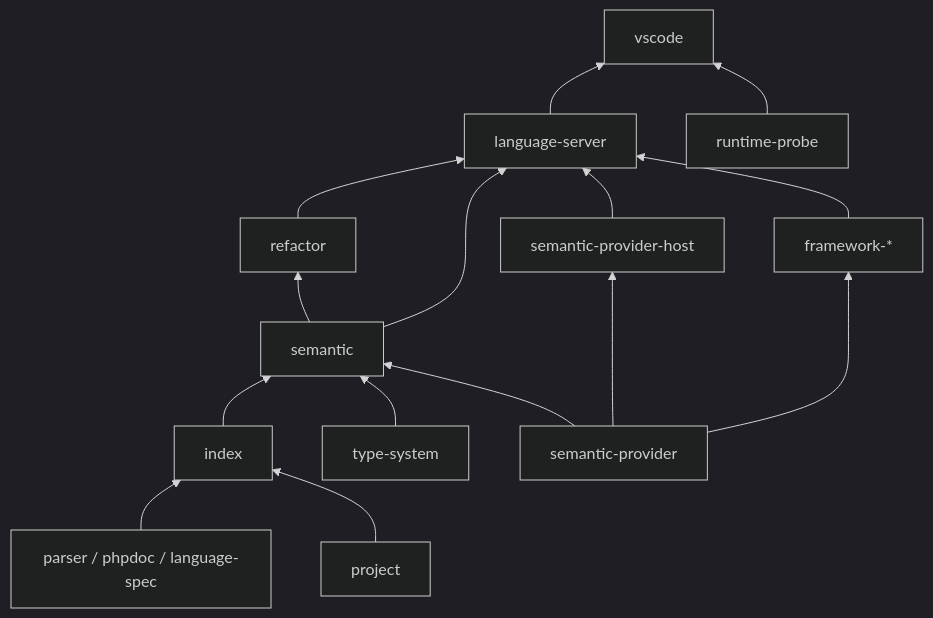
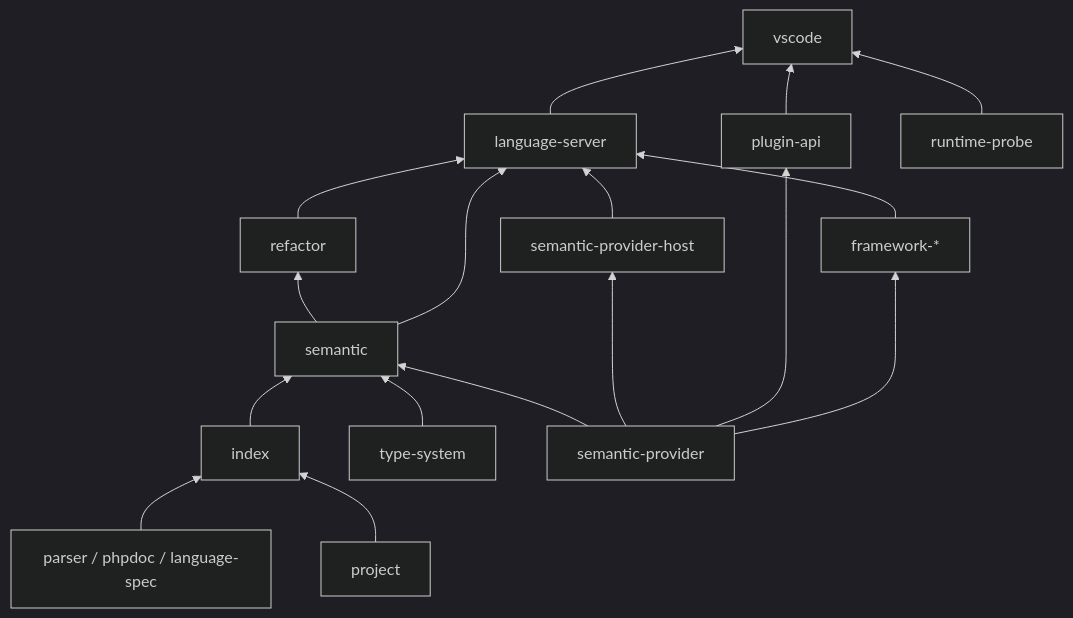
Before and after one commit to sohophp/php-companion: the diagram in docs/php-language-toolchain/architecture.md, drawn with Mermaid (dark theme). The commit also changed other lines of this file and 21 other files, not shown here.

Commit message:
feat: expose integration plugin API

````diff
--- a/docs/php-language-toolchain/architecture.md
+++ b/docs/php-language-toolchain/architecture.md
@@ -41,17 +42,19 @@
 ```mermaid
 flowchart BT
   Parser[parser / phpdoc / language-spec] --> Index[index]
   Project[project] --> Index
   Index --> Semantic[semantic]
   Types[type-system] --> Semantic
   Provider[semantic-provider] --> Semantic
   Provider --> ProviderHost[semantic-provider-host]
   ProviderHost --> Server
+  Provider --> PluginApi[plugin-api]
+  PluginApi --> Adapter
   Provider --> Frameworks[framework-*]
   Frameworks --> Server
   Semantic --> Refactor[refactor]
   Semantic --> Server[language-server]
   Refactor --> Server
   Server --> Adapter[vscode]
   Runtime[runtime-probe] --> Adapter
 ```
````
